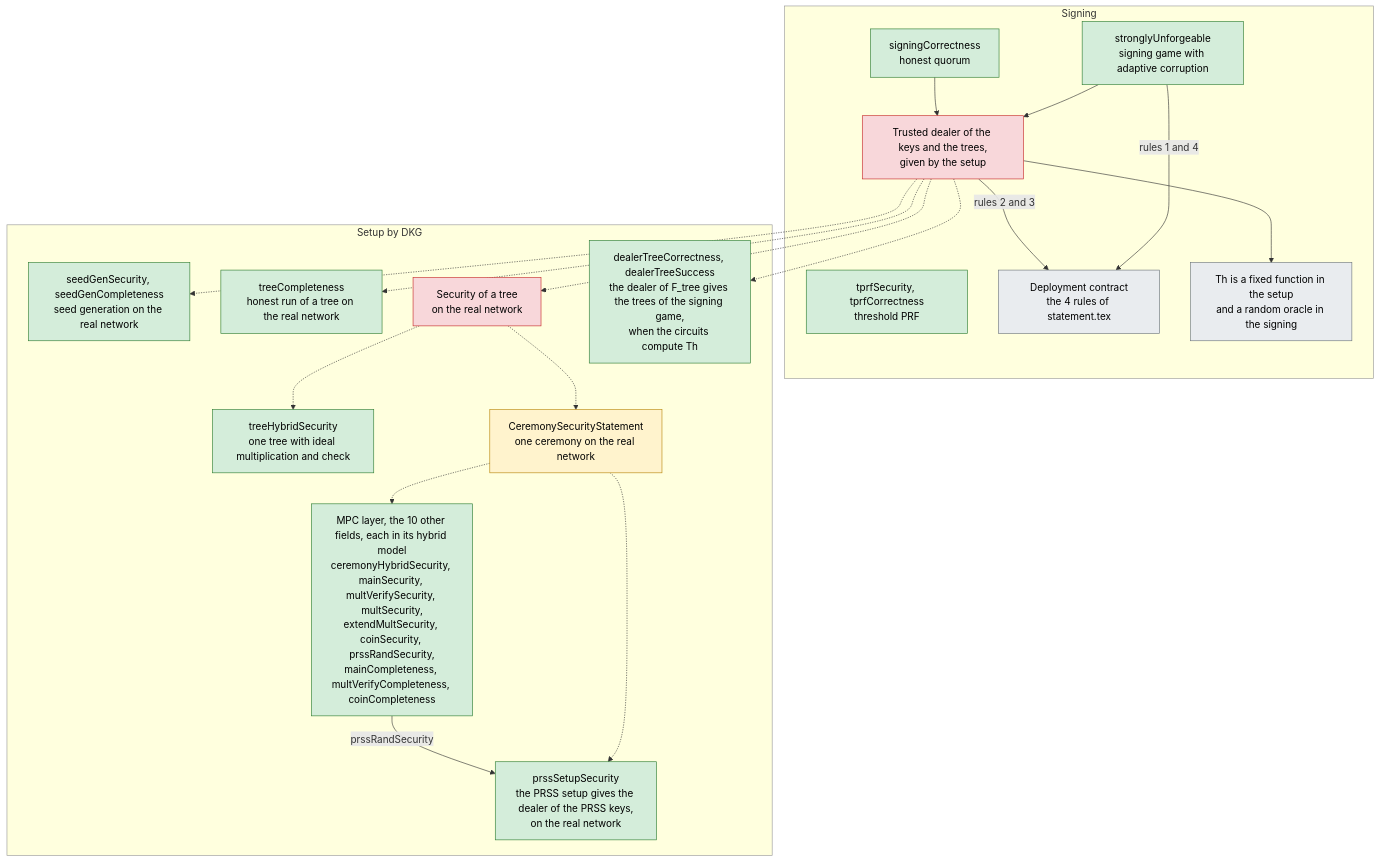
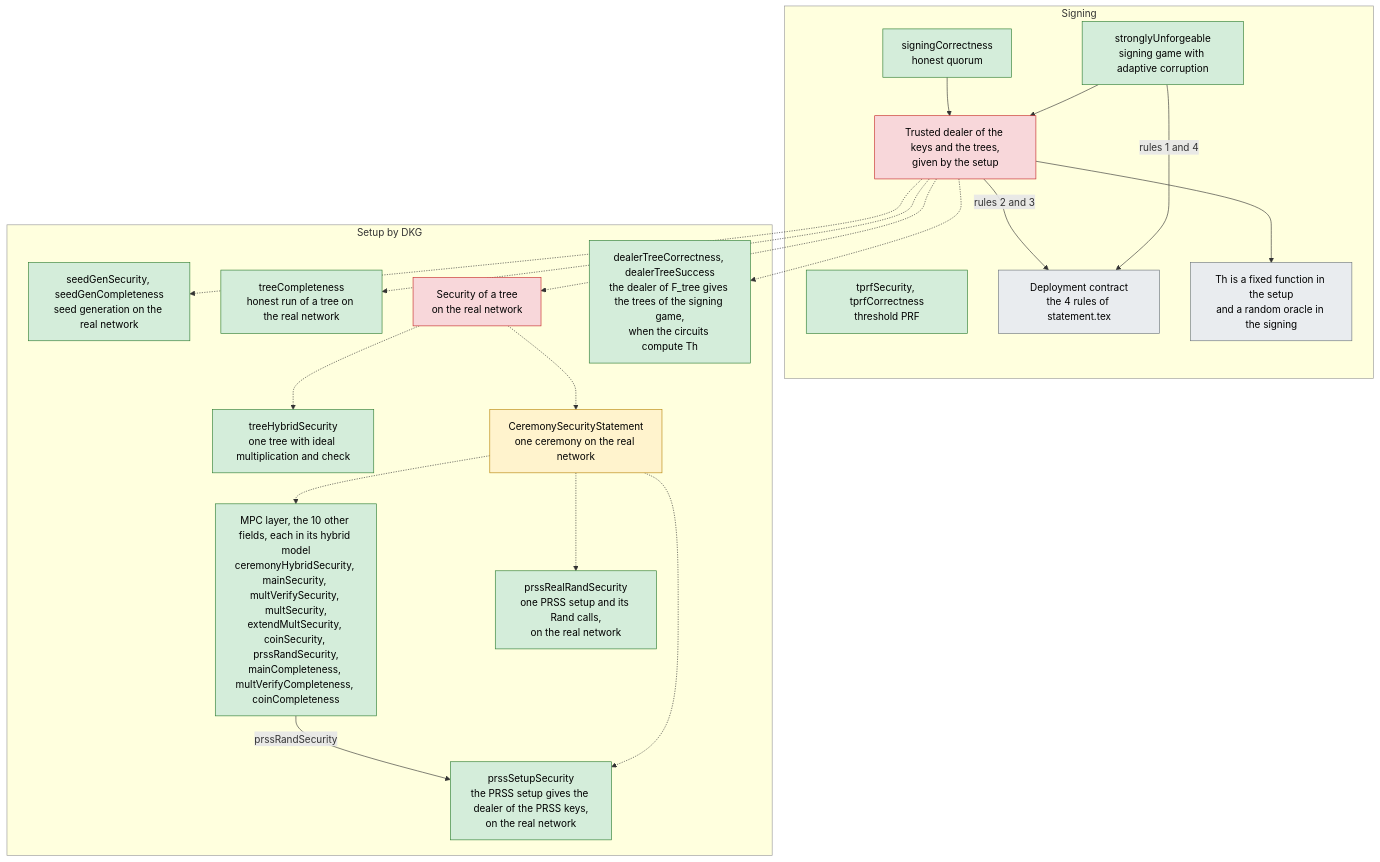
The diagram in formal/README.md (han0110/threshold-lean-xmss), drawn with Mermaid before and after one commit. The commit also changed other lines of this file and 30 other files, not shown here.

````diff
--- a/formal/README.md
+++ b/formal/README.md
@@ -60,45 +61,47 @@
 ```mermaid
 flowchart TB
   classDef proved fill:#d4edda,stroke:#2e7d32,color:#000
   classDef stated fill:#fff3cd,stroke:#b8860b,color:#000
   classDef missing fill:#f8d7da,stroke:#c62828,color:#000
   classDef assumed fill:#e9ecef,stroke:#6c757d,color:#000
 
   subgraph SIG["Signing"]
     SUF["stronglyUnforgeable<br/>signing game with adaptive corruption"]:::proved
     SCOR["signingCorrectness<br/>honest quorum"]:::proved
     TPRF["tprfSecurity, tprfCorrectness<br/>threshold PRF"]:::proved
     DEALT["Trusted dealer of the keys and the trees,<br/>given by the setup"]:::missing
     RULES["Deployment contract<br/>the 4 rules of statement.tex"]:::assumed
     HEUR["Th is a fixed function in the setup<br/>and a random oracle in the signing"]:::assumed
   end
 
   subgraph DKG["Setup by DKG"]
     SEED["seedGenSecurity, seedGenCompleteness<br/>seed generation on the real network"]:::proved
     TCOMP["treeCompleteness<br/>honest run of a tree on the real network"]:::proved
     THYB["treeHybridSecurity<br/>one tree with ideal multiplication and check"]:::proved
     TSEC["Security of a tree<br/>on the real network"]:::missing
     DEALER["dealerTreeCorrectness, dealerTreeSuccess<br/>the dealer of F_tree gives the trees of the signing game,<br/>when the circuits compute Th"]:::proved
     CSEC["CeremonySecurityStatement<br/>one ceremony on the real network"]:::stated
     MPC["MPC layer, the 10 other fields, each in its hybrid model<br/>ceremonyHybridSecurity, mainSecurity, multVerifySecurity, multSecurity,<br/>extendMultSecurity, coinSecurity, prssRandSecurity,<br/>mainCompleteness, multVerifyCompleteness, coinCompleteness"]:::proved
     PKEYS["prssSetupSecurity<br/>the PRSS setup gives the dealer of the PRSS keys,<br/>on the real network"]:::proved
+    PRAND["prssRealRandSecurity<br/>one PRSS setup and its Rand calls,<br/>on the real network"]:::proved
   end
 
   style SIG stroke:#999999
   style DKG stroke:#999999
 
   SUF --> DEALT
   SCOR --> DEALT
   SUF -->|rules 1 and 4| RULES
   DEALT -->|rules 2 and 3| RULES
   DEALT --> HEUR
   DEALT -.-> SEED
   DEALT -.-> DEALER
   DEALT -.-> TCOMP
   DEALT -.-> TSEC
   TSEC -.-> THYB
   TSEC -.-> CSEC
   CSEC -.-> MPC
   CSEC -.-> PKEYS
+  CSEC -.-> PRAND
   MPC -->|prssRandSecurity| PKEYS
 ```
````
